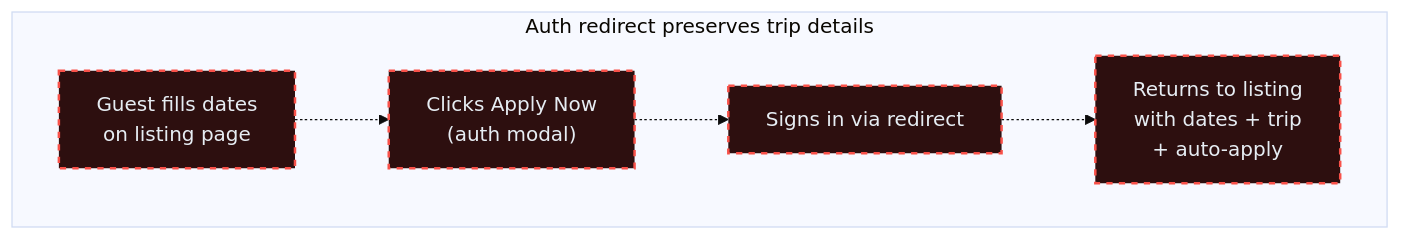
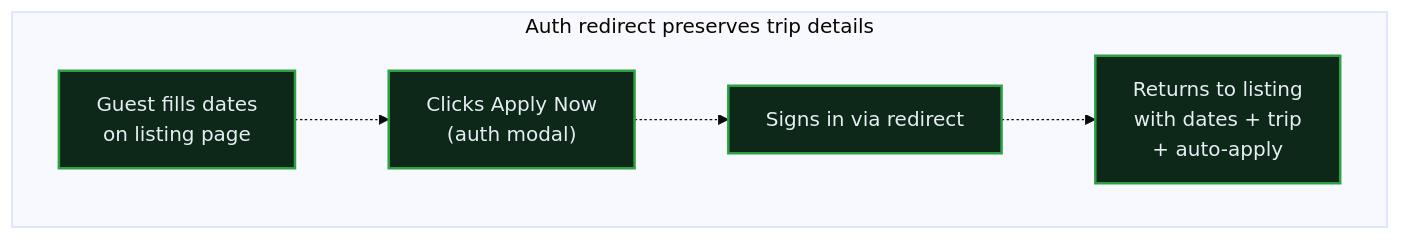
Before and after one commit to Matchbook-Rentals/matchbook-web-frontend: the second of 2 diagrams in e2e/renter-flow.md, drawn with Mermaid (base theme). The commit also changed other lines of this file and 9 other files, not shown here.

````diff
--- a/e2e/renter-flow.md
+++ b/e2e/renter-flow.md
@@ -75,14 +75,14 @@
 ```mermaid
 flowchart LR
     classDef tested fill:#0d2818,stroke:#2ea043,stroke-width:2px,color:#e6edf3
     classDef untested fill:#2d0f0f,stroke:#f85149,stroke-width:2px,color:#e6edf3,stroke-dasharray:5 5
 
     subgraph EC_AUTH ["Auth redirect preserves trip details"]
         direction LR
         EC1["Guest fills dates<br/>on listing page"] -.-> EC2["Clicks Apply Now<br/>(auth modal)"]
         EC2 -.-> EC3["Signs in via redirect"]
         EC3 -.-> EC4["Returns to listing<br/>with dates + trip<br/>+ auto-apply"]
     end
 
-    class EC1,EC2,EC3,EC4 untested
+    class EC1,EC2,EC3,EC4 tested
 ```
````
